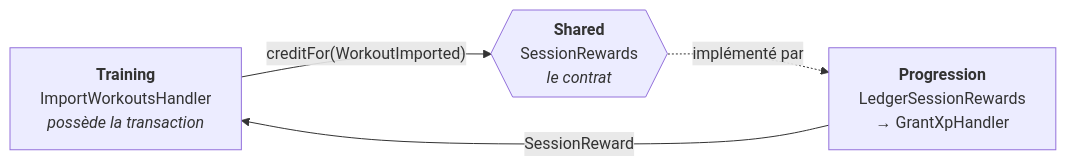
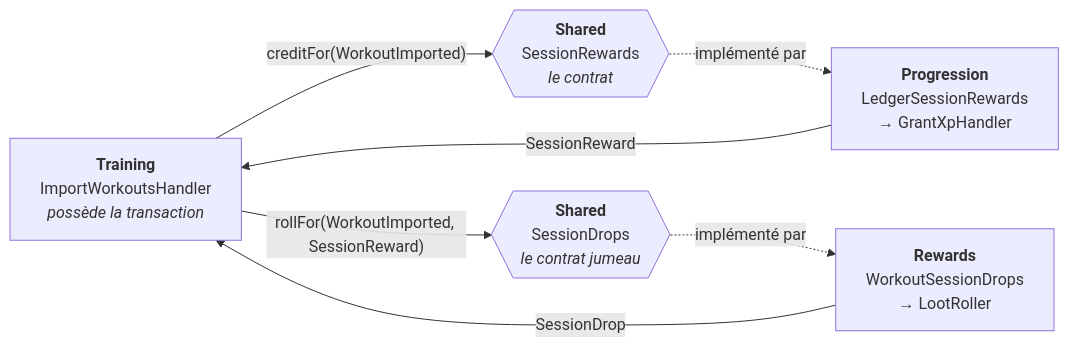
Before and after one commit to younesdiouri/grrind-back: the eighth of 13 diagrams in ARCHITECTURE.md, drawn with Mermaid. The commit also changed other lines of this file and 17 other files, not shown here.

````diff
--- a/ARCHITECTURE.md
+++ b/ARCHITECTURE.md
@@ -280,10 +285,15 @@
 ```mermaid
 flowchart LR
     ts["<b>Training</b><br/>ImportWorkoutsHandler<br/><i>possède la transaction</i>"]
     port{{"<b>Shared</b><br/>SessionRewards<br/><i>le contrat</i>"}}
     pg["<b>Progression</b><br/>LedgerSessionRewards<br/>→ GrantXpHandler"]
+    dport{{"<b>Shared</b><br/>SessionDrops<br/><i>le contrat jumeau</i>"}}
+    rw["<b>Rewards</b><br/>WorkoutSessionDrops<br/>→ LootRoller"]
 
     ts -->|"creditFor(WorkoutImported)"| port
     port -.->|implémenté par| pg
     pg -->|SessionReward| ts
+    ts -->|"rollFor(WorkoutImported, SessionReward)"| dport
+    dport -.->|implémenté par| rw
+    rw -->|SessionDrop| ts
 ```
````
